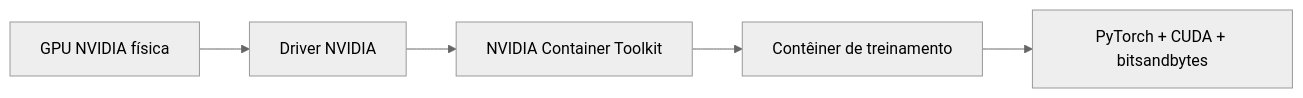
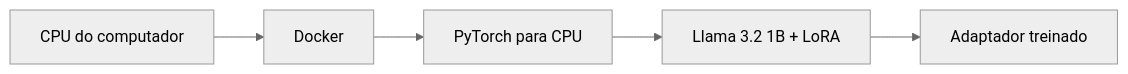
Before and after one commit to luciano-alexandre/topicos-avancados: the third of 3 diagrams in docs/encontros/encontro-15.md, drawn with Mermaid (neutral theme). The commit also changed other lines of this file, not shown here.

````diff
--- a/docs/encontros/encontro-15.md
+++ b/docs/encontros/encontro-15.md
@@ -103,7 +93,7 @@
 ```mermaid
 flowchart LR
-    G[GPU NVIDIA física] --> D[Driver NVIDIA]
-    D --> K[NVIDIA Container Toolkit]
-    K --> C[Contêiner de treinamento]
-    C --> P[PyTorch + CUDA + bitsandbytes]
+    C[CPU do computador] --> D[Docker]
+    D --> P[PyTorch para CPU]
+    P --> L[Llama 3.2 1B + LoRA]
+    L --> A[Adaptador treinado]
 ```
````
